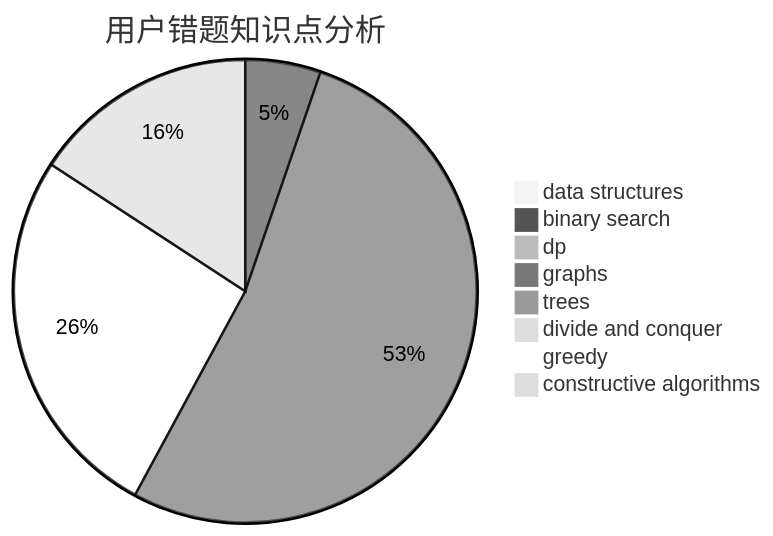
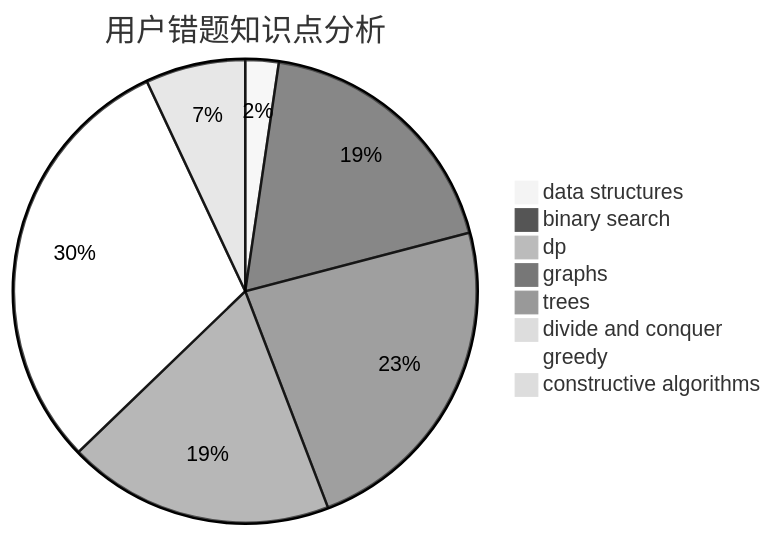
The third of 3 diagrams in docs/user/u2635.md (sherpahu/cfrs.github.io), drawn with Mermaid (neutral theme) before and after one commit. The commit also changed other lines of this file and 2770 other files, not shown here.

````diff
--- a/docs/user/u2635.md
+++ b/docs/user/u2635.md
@@ -36,11 +36,11 @@
 ```mermaid
 pie title 用户错题知识点分析
-    "data structures" :  0
-    "binary search" :  1
+    "data structures" :  1
+    "binary search" :  8
     "dp" :  0
     "graphs" :  10
-    "trees" :  0
+    "trees" :  8
     "divide and conquer" :  0
-    "greedy" :  5
+    "greedy" :  13
     "constructive algorithms" :  3
 ```
````
